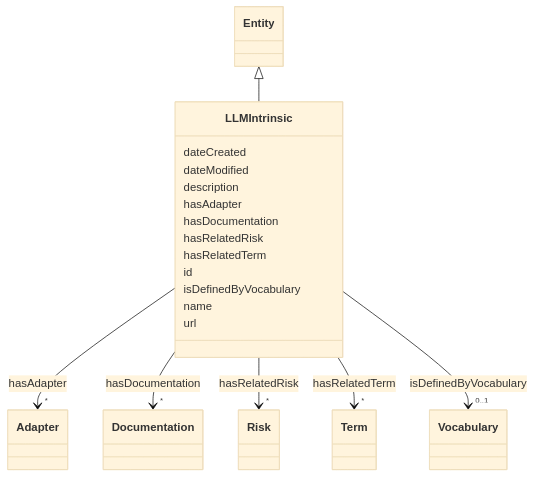
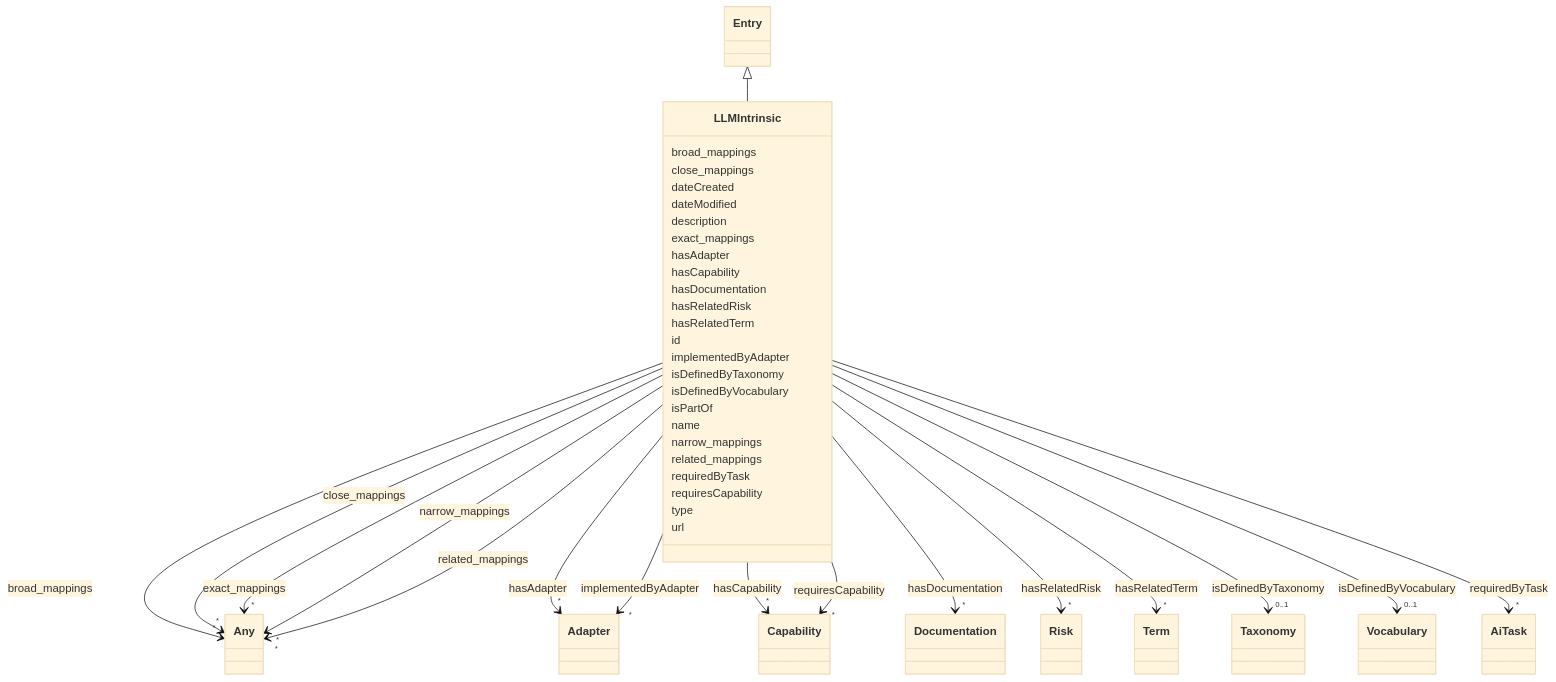
One commit to ingelise/risk-atlas-nexus changed the diagram in docs/ontology/LLMIntrinsic.md. Above: the diagram before and after it, drawn with Mermaid (base theme). The commit also changed other lines of this file and 180 other files, not shown here.

```diff
--- a/docs/ontology/LLMIntrinsic.md
+++ b/docs/ontology/LLMIntrinsic.md
@@ -19,14 +19,47 @@
  classDiagram
     class LLMIntrinsic
     click LLMIntrinsic href "../LLMIntrinsic/"
-      Entity <|-- LLMIntrinsic
-        click Entity href "../Entity/"
+      Entry <|-- LLMIntrinsic
+        click Entry href "../Entry/"
+
+      LLMIntrinsic : broad_mappings
+
+
+
+
+
+        LLMIntrinsic --> "*" Any : broad_mappings
+        click Any href "../Any/"
+
+
+
+      LLMIntrinsic : close_mappings
+
+
+
+
+
+        LLMIntrinsic --> "*" Any : close_mappings
+        click Any href "../Any/"
+
+
 
       LLMIntrinsic : dateCreated
 
       LLMIntrinsic : dateModified
 
       LLMIntrinsic : description
+
+      LLMIntrinsic : exact_mappings
+
+
+
+
+
+        LLMIntrinsic --> "*" Any : exact_mappings
+        click Any href "../Any/"
+
+
 
       LLMIntrinsic : hasAdapter
 
@@ -36,6 +69,17 @@
 
         LLMIntrinsic --> "*" Adapter : hasAdapter
         click Adapter href "../Adapter/"
+
+
+
+      LLMIntrinsic : hasCapability
+
+
+
+
+
+        LLMIntrinsic --> "*" Capability : hasCapability
+        click Capability href "../Capability/"
 
 
 
@@ -74,6 +118,28 @@
 
       LLMIntrinsic : id
 
+      LLMIntrinsic : implementedByAdapter
+
+
+
+
+
+        LLMIntrinsic --> "*" Adapter : implementedByAdapter
+        click Adapter href "../Adapter/"
+
+
+
+      LLMIntrinsic : isDefinedByTaxonomy
+
+
+
+
+
+        LLMIntrinsic --> "0..1" Taxonomy : isDefinedByTaxonomy
+        click Taxonomy href "../Taxonomy/"
+
+
+
       LLMIntrinsic : isDefinedByVocabulary
 
 
@@ -85,7 +151,55 @@
 
 
 
+      LLMIntrinsic : isPartOf
+
       LLMIntrinsic : name
+
+      LLMIntrinsic : narrow_mappings
+
+
+
+
+
+        LLMIntrinsic --> "*" Any : narrow_mappings
+        click Any href "../Any/"
+
+
+
+      LLMIntrinsic : related_mappings
+
+
+
+
+
+        LLMIntrinsic --> "*" Any : related_mappings
+        click Any href "../Any/"
+
+
+
+      LLMIntrinsic : requiredByTask
+
+
+
+
+
+        LLMIntrinsic --> "*" AiTask : requiredByTask
+        click AiTask href "../AiTask/"
+
+
+
+      LLMIntrinsic : requiresCapability
+
+
+
+
+
+        LLMIntrinsic --> "*" Capability : requiresCapability
+        click Capability href "../Capability/"
+
+
+
+      LLMIntrinsic : type
 
       LLMIntrinsic : url
 
```
